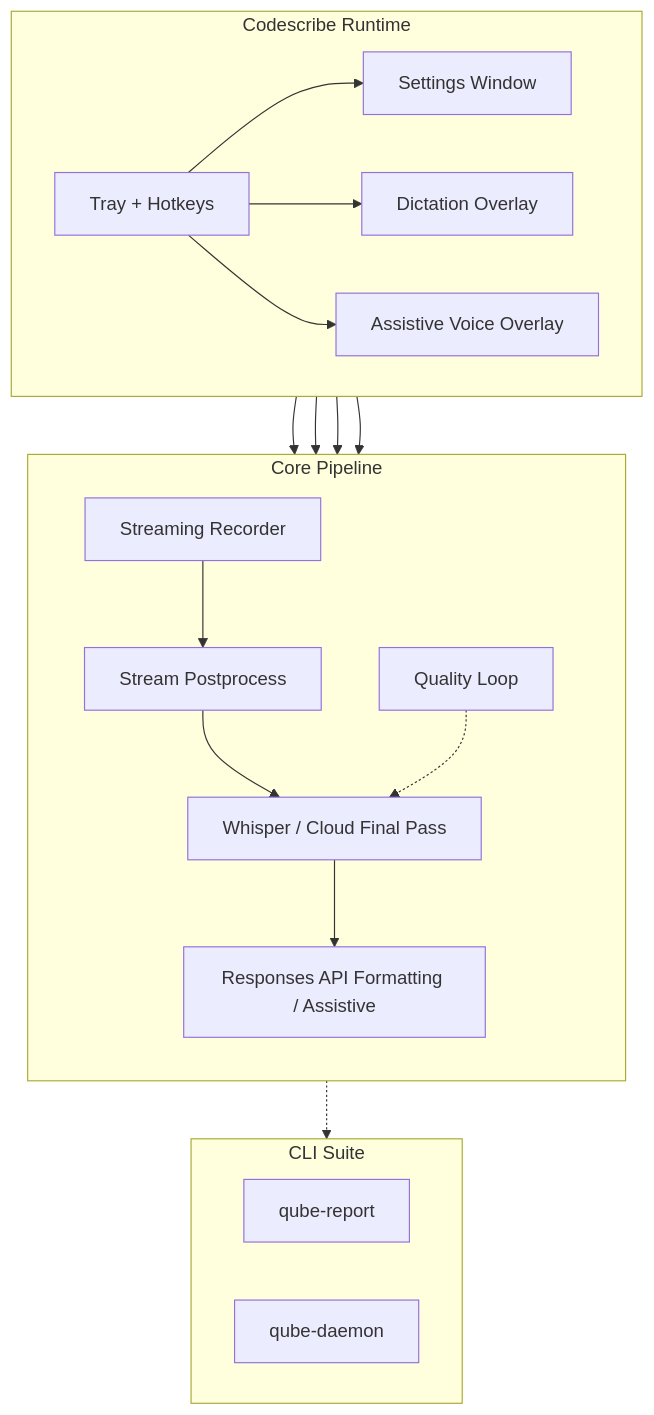
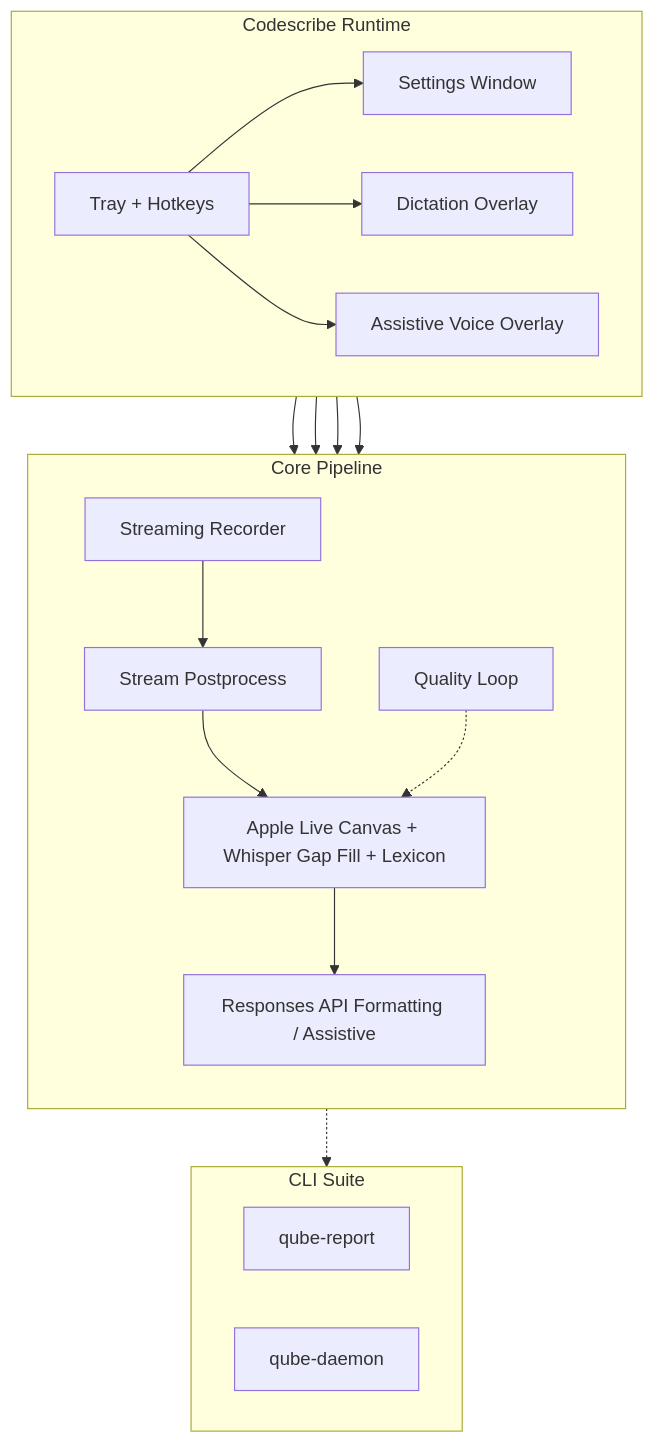
Before and after one commit to vetcoders/codescribe: the first of 2 diagrams in README.md, drawn with Mermaid. The commit also changed other lines of this file and 5 other files, not shown here.

````diff
--- a/README.md
+++ b/README.md
@@ -20,36 +23,36 @@
 ```mermaid
 flowchart TB
     subgraph APP[Codescribe Runtime]
         direction LR
         TRAY[Tray + Hotkeys]
         SET[Settings Window]
         OVL[Dictation Overlay]
         CHAT[Assistive Voice Overlay]
     end
 
     subgraph CORE[Core Pipeline]
         direction TB
         REC[Streaming Recorder]
         POST[Stream Postprocess]
-        STT[Whisper / Cloud Final Pass]
+        STT[Apple Live Canvas + Whisper Gap Fill + Lexicon]
         LLM[Responses API Formatting / Assistive]
         QL[Quality Loop]
     end
 
     subgraph TOOLS[CLI Suite]
         QCLI[qube-report]
         LCLI[qube-daemon]
     end
 
     TRAY --> SET
     TRAY --> OVL
     TRAY --> CHAT
     TRAY --> CORE
     SET --> CORE
     OVL --> CORE
     CHAT --> CORE
     REC --> POST --> STT
     STT --> LLM
     QL -.-> STT
     CORE -.-> TOOLS
 ```
````
